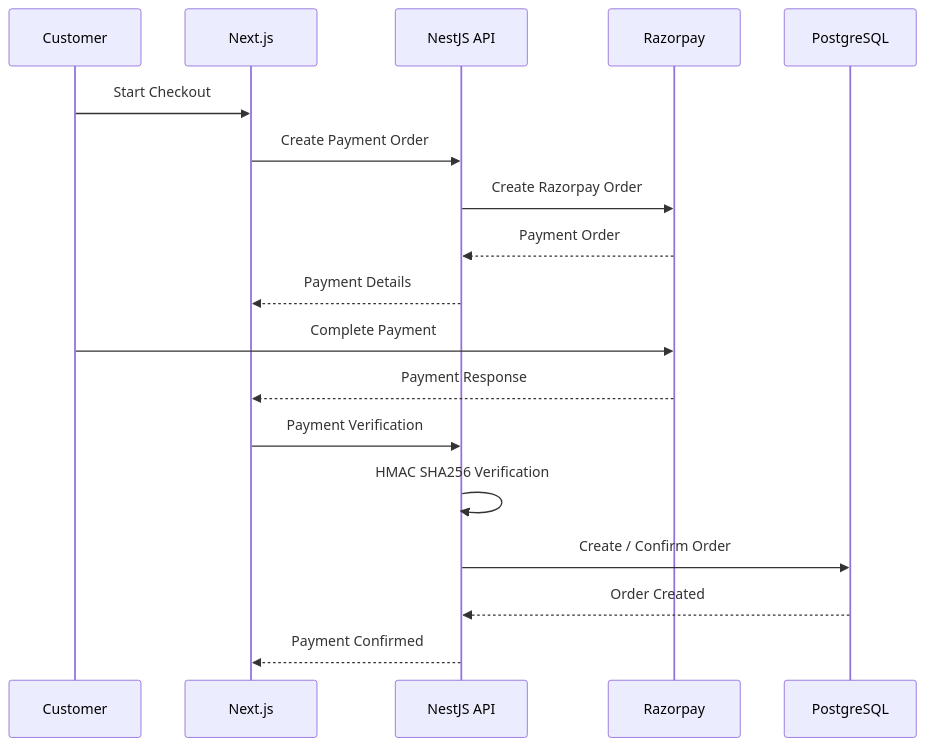
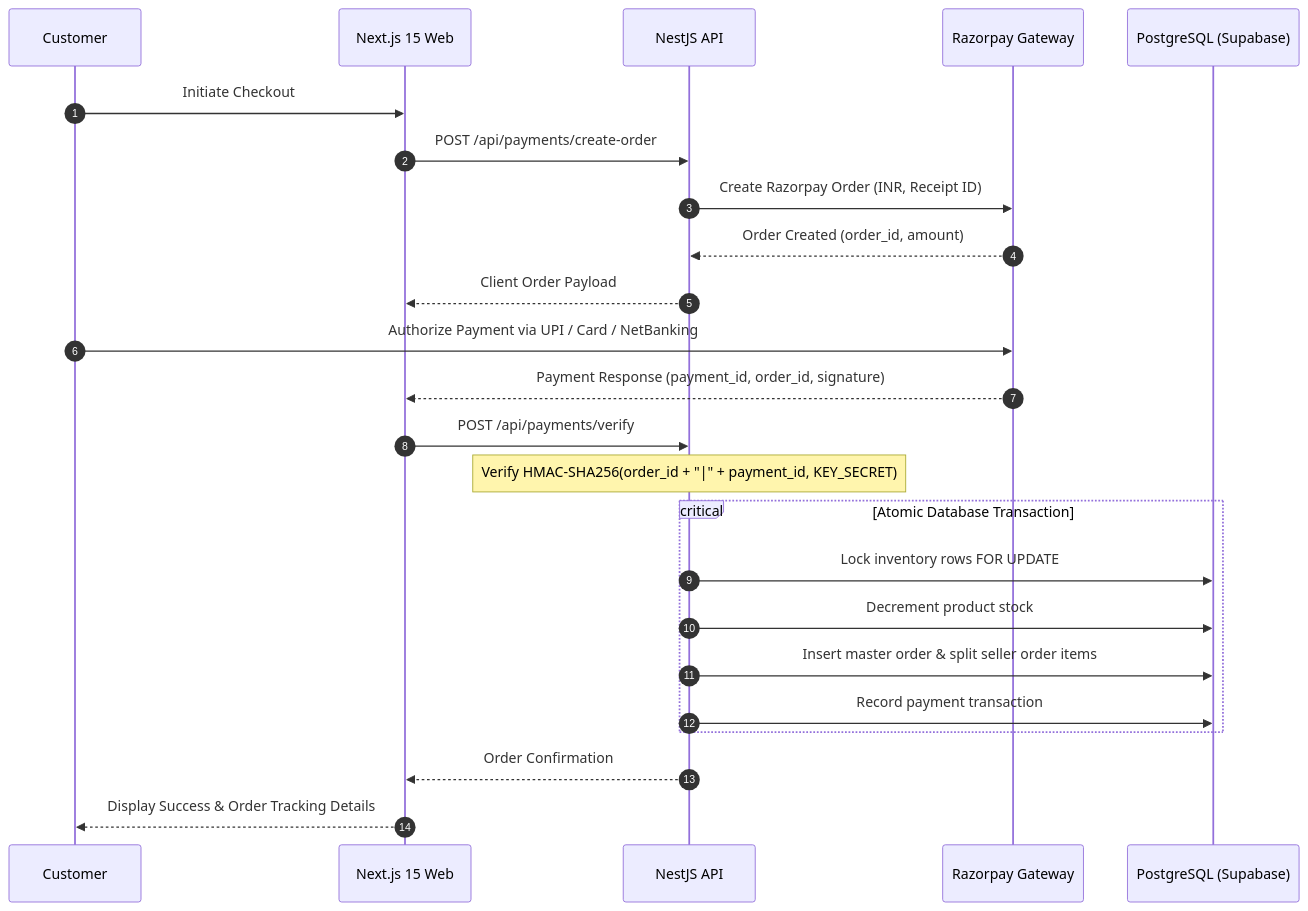
Before and after one commit to jathinreddy-5/Shop-Sell: the fifth of 6 diagrams in README.md, drawn with Mermaid. The commit also changed other lines of this file, not shown here.

````diff
--- a/README.md
+++ b/README.md
@@ -555,25 +278,31 @@
 ```mermaid
 sequenceDiagram
+    autonumber
     participant C as Customer
-    participant W as Next.js
+    participant W as Next.js 15 Web
     participant A as NestJS API
-    participant R as Razorpay
-    participant DB as PostgreSQL
+    participant R as Razorpay Gateway
+    participant DB as PostgreSQL (Supabase)
 
-    C->>W: Start Checkout
-    W->>A: Create Payment Order
-    A->>R: Create Razorpay Order
-    R-->>A: Payment Order
-    A-->>W: Payment Details
+    C->>W: Initiate Checkout
+    W->>A: POST /api/payments/create-order
+    A->>R: Create Razorpay Order (INR, Receipt ID)
+    R-->>A: Order Created (order_id, amount)
+    A-->>W: Client Order Payload
 
-    C->>R: Complete Payment
-    R-->>W: Payment Response
+    C->>R: Authorize Payment via UPI / Card / NetBanking
+    R-->>W: Payment Response (payment_id, order_id, signature)
 
-    W->>A: Payment Verification
-    A->>A: HMAC SHA256 Verification
+    W->>A: POST /api/payments/verify
+    Note over A: Verify HMAC-SHA256(order_id + "|" + payment_id, KEY_SECRET)
+    
+    critical Atomic Database Transaction
+        A->>DB: Lock inventory rows FOR UPDATE
+        A->>DB: Decrement product stock
+        A->>DB: Insert master order & split seller order items
+        A->>DB: Record payment transaction
+    end
 
-    A->>DB: Create / Confirm Order
-    DB-->>A: Order Created
-
-    A-->>W: Payment Confirmed
+    A-->>W: Order Confirmation
+    W-->>C: Display Success & Order Tracking Details
 ```
````
